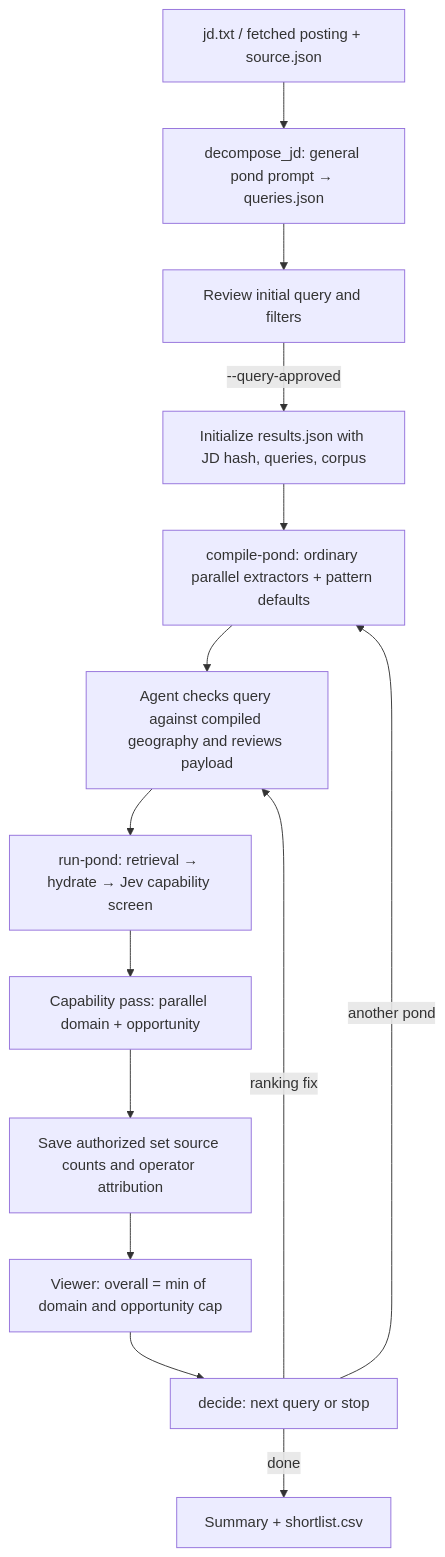
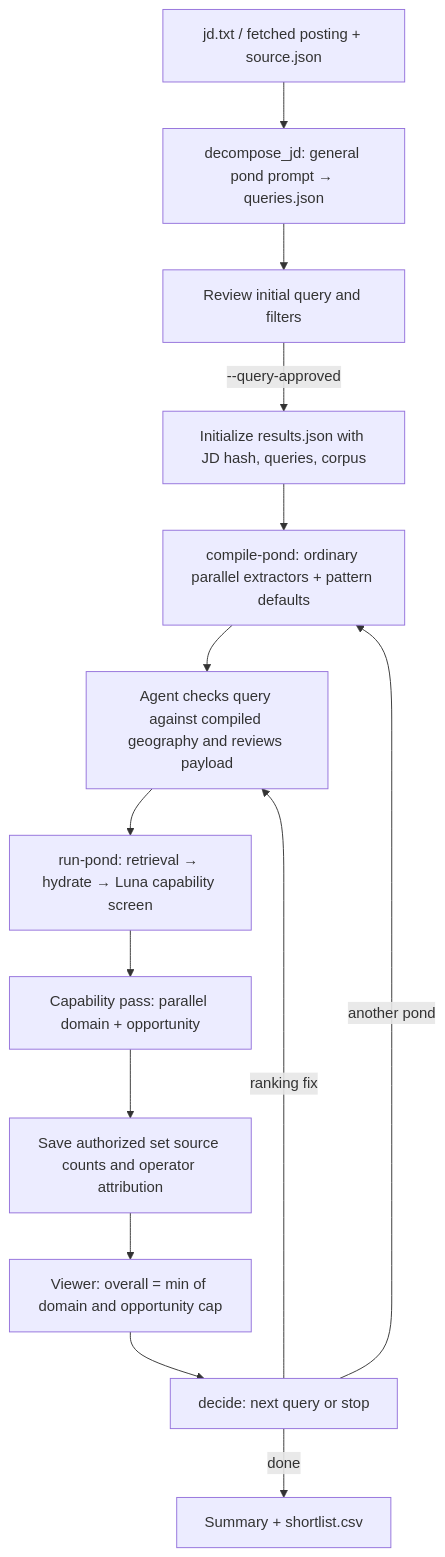
One commit to powerset-co/powerpacks changed the diagram in packs/search/primitives/deep_search/README.md. Above: the diagram before and after it, drawn with Mermaid. The commit also changed other lines of this file and 53 other files, not shown here.

First line of the commit message:
feat(search): screen pasted-JD candidates with Luna Decisions, drop TypeSafe

````diff
--- a/packs/search/primitives/deep_search/README.md
+++ b/packs/search/primitives/deep_search/README.md
@@ -16,16 +16,16 @@
 ```mermaid
 flowchart TD
     JD[jd.txt / fetched posting + source.json] --> Q[decompose_jd: general pond prompt → queries.json]
     Q --> REVIEW[Review initial query and filters]
     REVIEW -->|--query-approved| INIT[Initialize results.json with JD hash, queries, corpus]
     INIT --> COMPILE[compile-pond: ordinary parallel extractors + pattern defaults]
     COMPILE --> CHECK[Agent checks query against compiled geography and reviews payload]
-    CHECK --> RUN[run-pond: retrieval → hydrate → Jev capability screen]
+    CHECK --> RUN[run-pond: retrieval → hydrate → Luna capability screen]
     RUN --> JUDGES[Capability pass: parallel domain + opportunity]
     JUDGES --> SOURCES[Save authorized set source counts and operator attribution]
     SOURCES --> VIEW[Viewer: overall = min of domain and opportunity cap]
     VIEW --> DECIDE[decide: next query or stop]
     DECIDE -->|another pond| COMPILE
     DECIDE -->|ranking fix| CHECK
     DECIDE -->|done| EXPORT[Summary + shortlist.csv]
 ```
````
